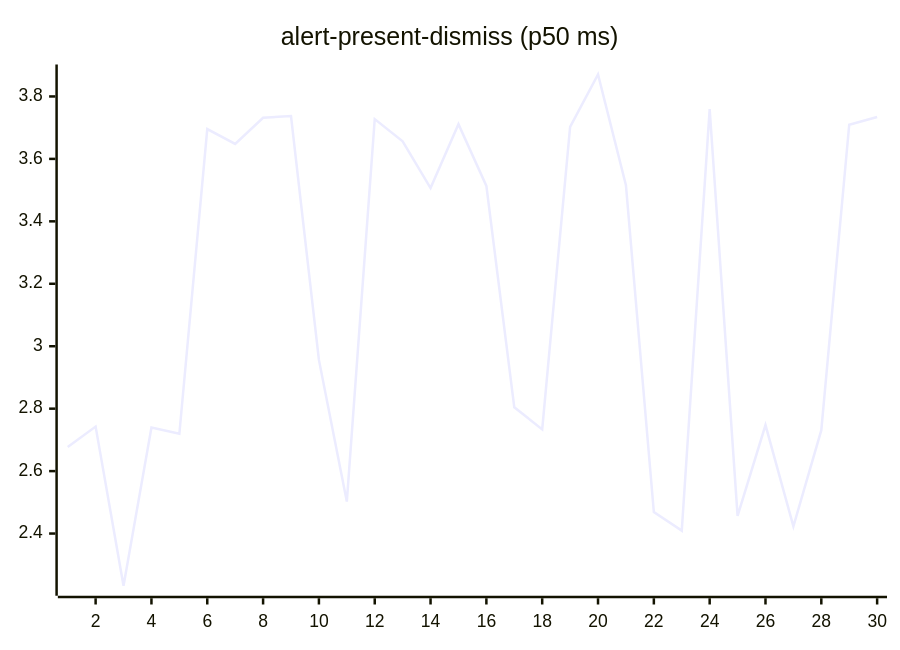
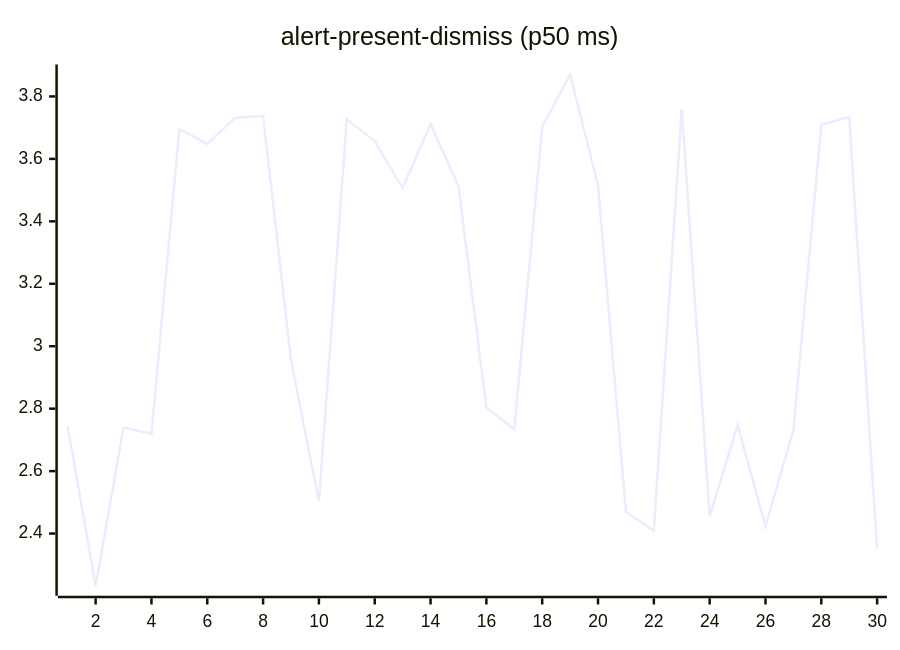
One commit to josha/Facet changed the second of 27 diagrams in README.md. Above: the diagram before and after it, drawn with Mermaid. The commit also changed other lines of this file and 2 other files, not shown here.

````diff
--- a/README.md
+++ b/README.md
@@ -70,6 +70,6 @@
 ```mermaid
 xychart-beta
     title "alert-present-dismiss (p50 ms)"
     x-axis 1 --> 30
-    line [2.6769, 2.7425, 2.2328, 2.7393, 2.7195, 3.6955, 3.6480, 3.7318, 3.7373, 2.9562, 2.5024, 3.7273, 3.6562, 3.5064, 3.7112, 3.5136, 2.8044, 2.7337, 3.7022, 3.8703, 3.5157, 2.4688, 2.4093, 3.7592, 2.4564, 2.7475, 2.4232, 2.7312, 3.7096, 3.7340]
+    line [2.7425, 2.2328, 2.7393, 2.7195, 3.6955, 3.6480, 3.7318, 3.7373, 2.9562, 2.5024, 3.7273, 3.6562, 3.5064, 3.7112, 3.5136, 2.8044, 2.7337, 3.7022, 3.8703, 3.5157, 2.4688, 2.4093, 3.7592, 2.4564, 2.7475, 2.4232, 2.7312, 3.7096, 3.7340, 2.3506]
 ```
````
